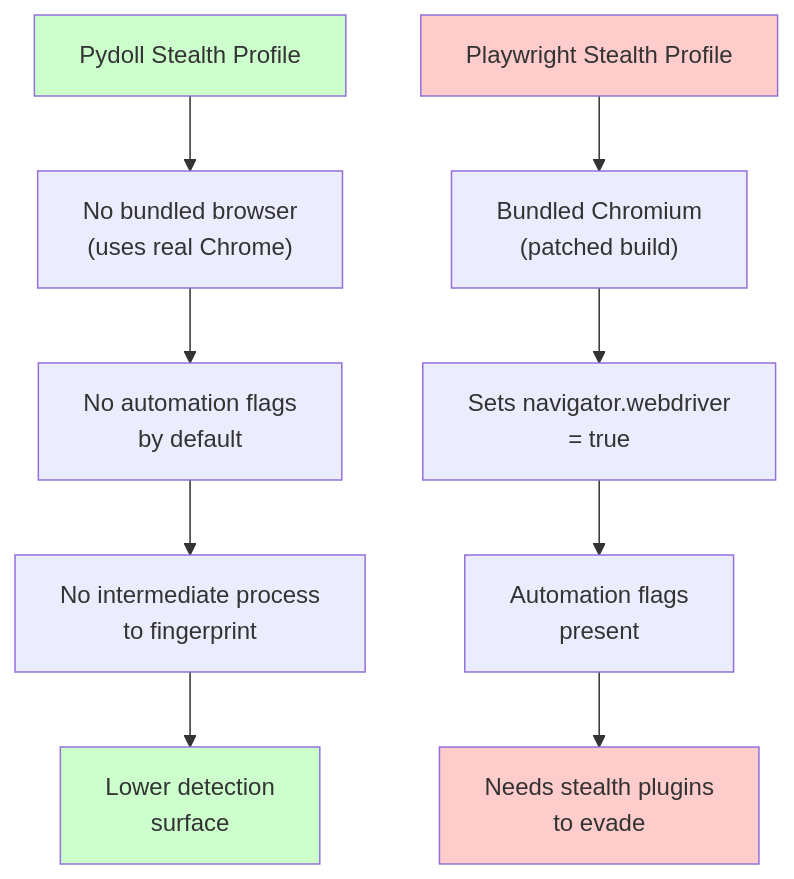
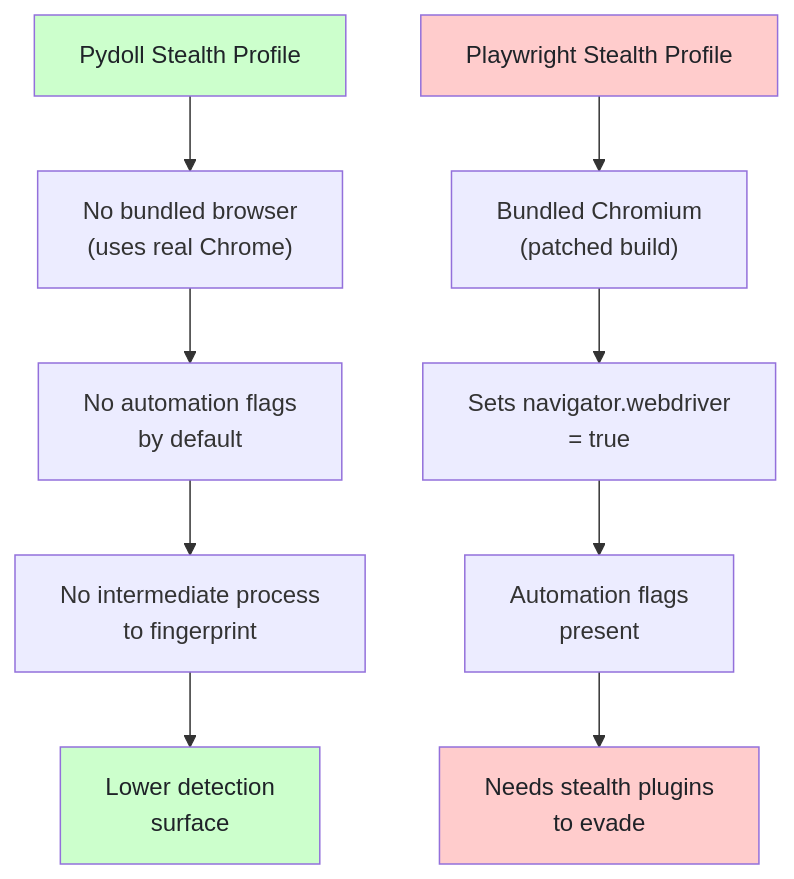
The second of 3 diagrams in _posts/2026-02-15-pydoll-vs-playwright-lightweight-python-browser-control.md (bytetunnels/bytetunnels.github.com), drawn with Mermaid before and after one commit. The commit also changed other lines of this file and 118 other files, not shown here.

Commit message:
feat: improve diagram styling and compact wide flowcharts

````diff
--- a/_posts/2026-02-15-pydoll-vs-playwright-lightweight-python-browser-control.md
+++ b/_posts/2026-02-15-pydoll-vs-playwright-lightweight-python-browser-control.md
@@ -274,17 +276,17 @@
 ```mermaid
 graph TD
     A["Pydoll Stealth Profile"] --> B["No bundled browser<br>(uses real Chrome)"]
     B --> C["No automation flags<br>by default"]
     C --> D["No intermediate process<br>to fingerprint"]
     D --> E["Lower detection<br>surface"]
 
     F["Playwright Stealth Profile"] --> G["Bundled Chromium<br>(patched build)"]
     G --> H["Sets navigator.webdriver<br>= true"]
     H --> I["Automation flags<br>present"]
     I --> J["Needs stealth plugins<br>to evade"]
 
-    style A fill:#ccffcc
-    style E fill:#ccffcc
-    style F fill:#ffcccc
-    style J fill:#ffcccc
+    style A fill:#ccffcc,color:#1f2328
+    style E fill:#ccffcc,color:#1f2328
+    style F fill:#ffcccc,color:#1f2328
+    style J fill:#ffcccc,color:#1f2328
 ```
````
